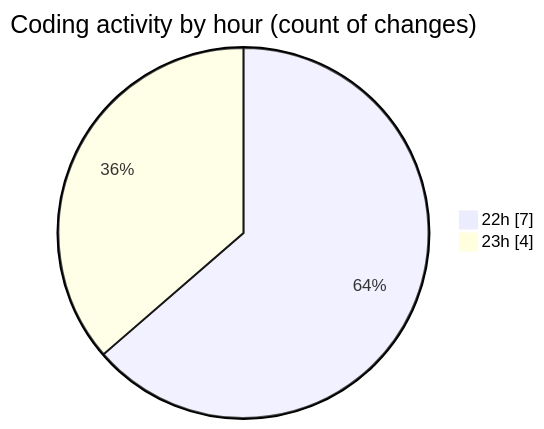
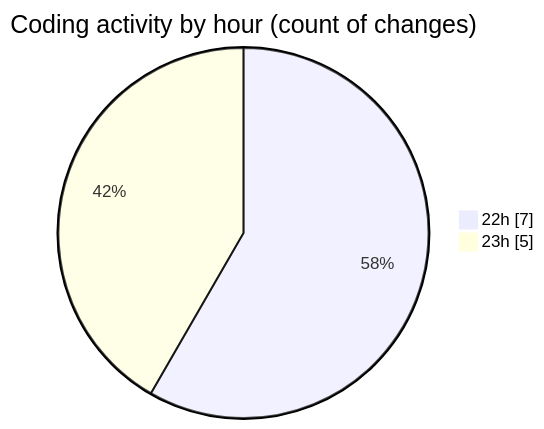
The second of 2 diagrams in 2025-12-24/technologie_web/README.md (hasnaa123/code-tracking), drawn with Mermaid before and after one commit. The commit also changed other lines of this file and 1 other file, not shown here.

````diff
--- a/2025-12-24/technologie_web/README.md
+++ b/2025-12-24/technologie_web/README.md
@@ -28,6 +28,6 @@
 ```mermaid
 pie showData
 title Coding activity by hour (count of changes)
 "22h" : 7
-"23h" : 4
+"23h" : 5
 ```
````
